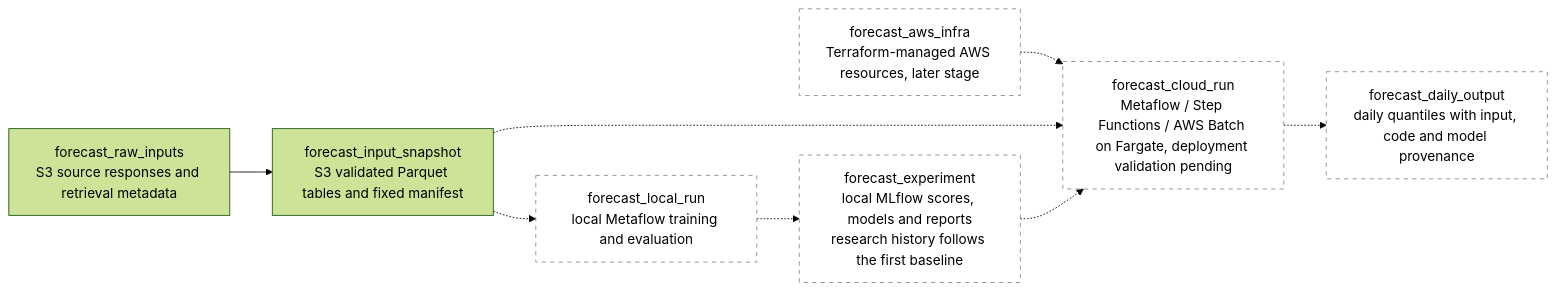
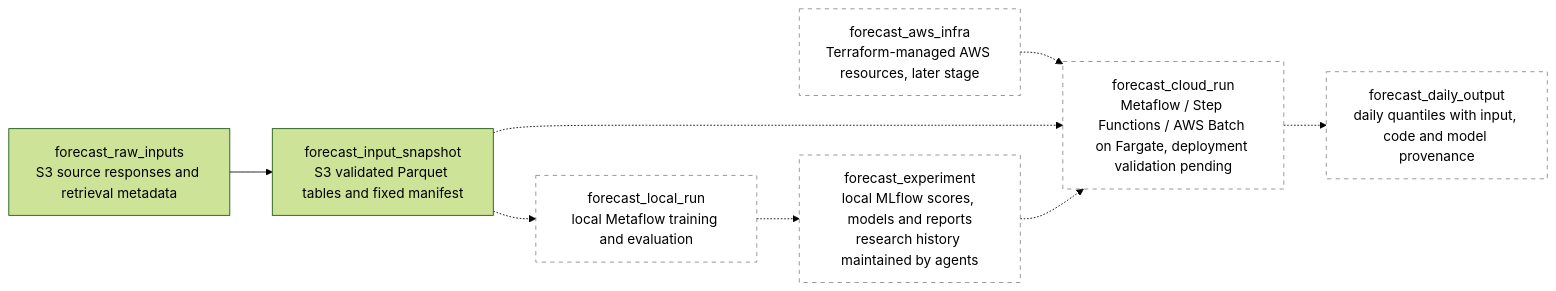
One commit to zoltanmaric/coppersushi changed the diagram in wiki/price-forecasting.md. Above: the diagram before and after it, drawn with Mermaid (forest theme). The commit also changed 7 other files, not shown here.

First line of the commit message:
Make forecast experiment history an agent skill (#108)

````diff
--- a/wiki/price-forecasting.md
+++ b/wiki/price-forecasting.md
@@ -17,22 +17,22 @@
 ```mermaid
 flowchart LR
     classDef planned stroke-dasharray: 5 5,stroke:#888,fill:none
 
     forecast_raw_inputs["forecast_raw_inputs<br/>S3 source responses and retrieval metadata"]
     forecast_input_snapshot["forecast_input_snapshot<br/>S3 validated Parquet tables and fixed manifest"]
     forecast_local_run["forecast_local_run<br/>local Metaflow training and evaluation"]:::planned
-    forecast_experiment["forecast_experiment<br/>local MLflow scores, models and reports<br/>research history follows the first baseline"]:::planned
+    forecast_experiment["forecast_experiment<br/>local MLflow scores, models and reports<br/>research history maintained by agents"]:::planned
 
     forecast_raw_inputs --> forecast_input_snapshot
     forecast_input_snapshot -.-> forecast_local_run
     forecast_local_run -.-> forecast_experiment
 
     forecast_aws_infra["forecast_aws_infra<br/>Terraform-managed AWS resources, later stage"]:::planned
     forecast_cloud_run["forecast_cloud_run<br/>Metaflow / Step Functions / AWS Batch on Fargate, deployment validation pending"]:::planned
     forecast_daily_output["forecast_daily_output<br/>daily quantiles with input, code and model provenance"]:::planned
 
     forecast_aws_infra -.-> forecast_cloud_run
     forecast_input_snapshot -.-> forecast_cloud_run
     forecast_experiment -.-> forecast_cloud_run
     forecast_cloud_run -.-> forecast_daily_output
 ```
````
